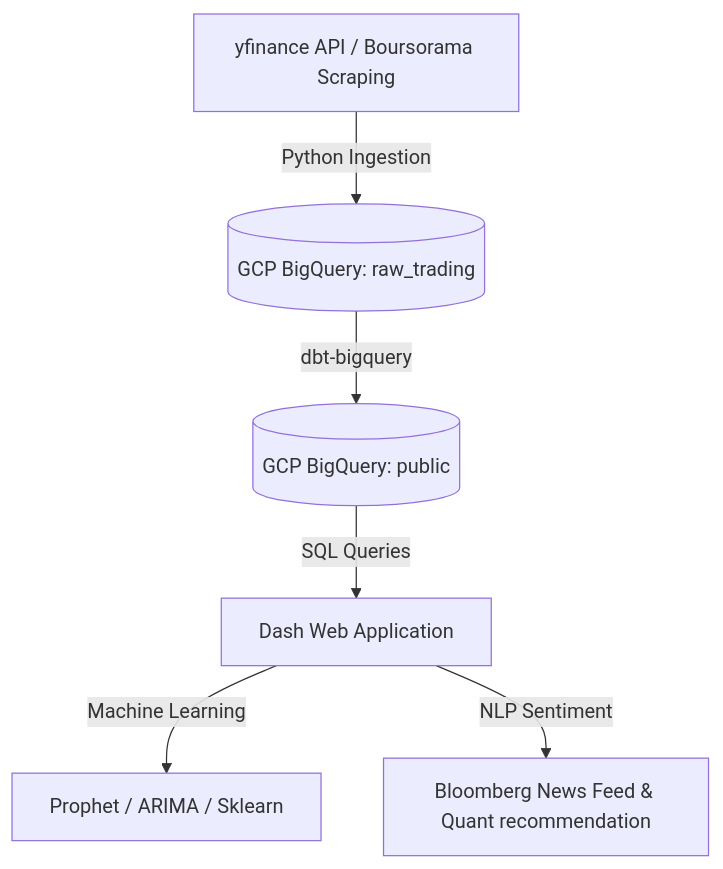
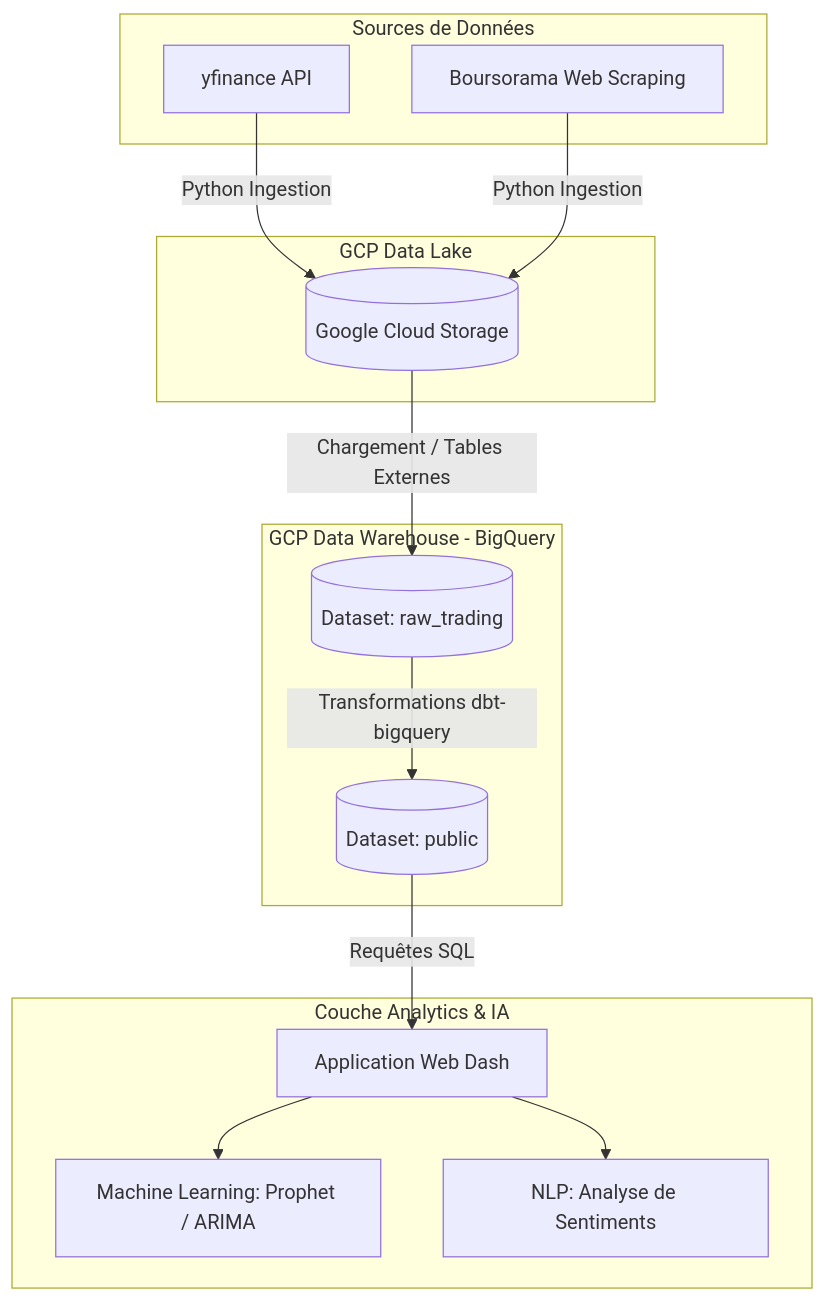
One commit to dfilali/IntelliTrade-ModernTrading-NLP changed the diagram in README.md. Above: the diagram before and after it, drawn with Mermaid. The commit also changed other lines of this file, not shown here.

Commit message:
Update README.md with detailed GCP Data Lake/Data Warehouse architecture flow

````diff
--- a/README.md
+++ b/README.md
@@ -11,8 +11,29 @@
 ```mermaid
-graph TD
-    A[yfinance API / Boursorama Scraping] -->|Python Ingestion| B[(GCP BigQuery: raw_trading)]
-    B -->|dbt-bigquery| C[(GCP BigQuery: public)]
-    C -->|SQL Queries| D[Dash Web Application]
-    D -->|Machine Learning| E[Prophet / ARIMA / Sklearn]
-    D -->|NLP Sentiment| F[Bloomberg News Feed & Quant recommendation]
+flowchart TD
+    subgraph Sources [Sources de Données]
+        A[yfinance API]
+        B[Boursorama Web Scraping]
+    end
+
+    subgraph Data_Lake [GCP Data Lake]
+        C[(Google Cloud Storage)]
+    end
+
+    subgraph Data_Warehouse [GCP Data Warehouse - BigQuery]
+        D[(Dataset: raw_trading)]
+        E[(Dataset: public)]
+    end
+
+    subgraph Analytics_IA [Couche Analytics & IA]
+        F[Application Web Dash]
+        G[Machine Learning: Prophet / ARIMA]
+        H[NLP: Analyse de Sentiments]
+    end
+
+    A & B -->|Python Ingestion| C
+    C -->|Chargement / Tables Externes| D
+    D -->|Transformations dbt-bigquery| E
+    E -->|Requêtes SQL| F
+    F --> G
+    F --> H
 ```
````
